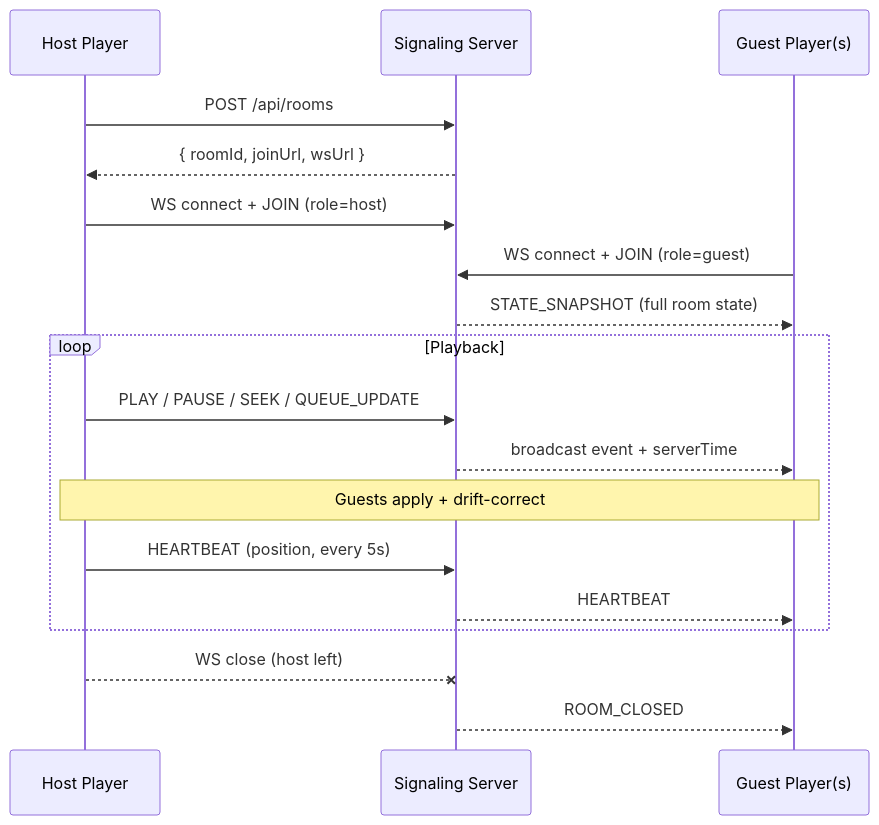
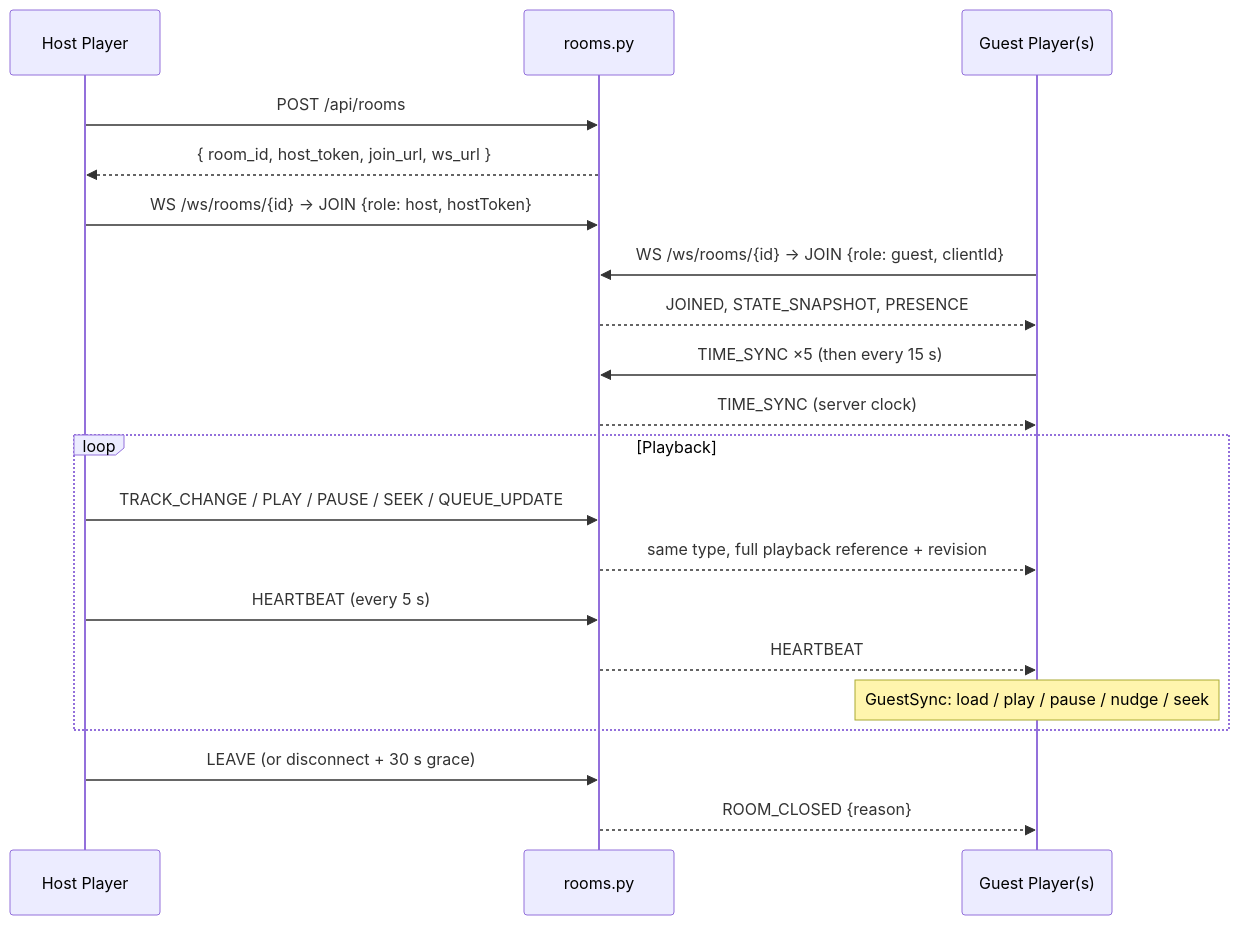
The diagram in docs/LISTENING_ROOMS.md (ford442/flac_player), drawn with Mermaid before and after one commit. The commit also changed other lines of this file and 38 other files, not shown here.

````diff
--- a/docs/LISTENING_ROOMS.md
+++ b/docs/LISTENING_ROOMS.md
@@ -64,23 +50,25 @@
 ```mermaid
 sequenceDiagram
   participant Host as Host Player
-  participant API as Signaling Server
+  participant API as rooms.py
   participant Guest as Guest Player(s)
 
   Host->>API: POST /api/rooms
-  API-->>Host: { roomId, joinUrl, wsUrl }
-  Host->>API: WS connect + JOIN (role=host)
-  Guest->>API: WS connect + JOIN (role=guest)
-  API-->>Guest: STATE_SNAPSHOT (full room state)
+  API-->>Host: { room_id, host_token, join_url, ws_url }
+  Host->>API: WS /ws/rooms/{id} → JOIN {role: host, hostToken}
+  Guest->>API: WS /ws/rooms/{id} → JOIN {role: guest, clientId}
+  API-->>Guest: JOINED, STATE_SNAPSHOT, PRESENCE
+  Guest->>API: TIME_SYNC ×5 (then every 15 s)
+  API-->>Guest: TIME_SYNC (server clock)
 
   loop Playback
-    Host->>API: PLAY / PAUSE / SEEK / QUEUE_UPDATE
-    API-->>Guest: broadcast event + serverTime
-    Note over Host,Guest: Guests apply + drift-correct
-    Host->>API: HEARTBEAT (position, every 5s)
+    Host->>API: TRACK_CHANGE / PLAY / PAUSE / SEEK / QUEUE_UPDATE
+    API-->>Guest: same type, full playback reference + revision
+    Host->>API: HEARTBEAT (every 5 s)
     API-->>Guest: HEARTBEAT
+    Note over Guest: GuestSync: load / play / pause / nudge / seek
   end
 
-  Host--xAPI: WS close (host left)
-  API-->>Guest: ROOM_CLOSED
+  Host->>API: LEAVE (or disconnect + 30 s grace)
+  API-->>Guest: ROOM_CLOSED {reason}
 ```
````
